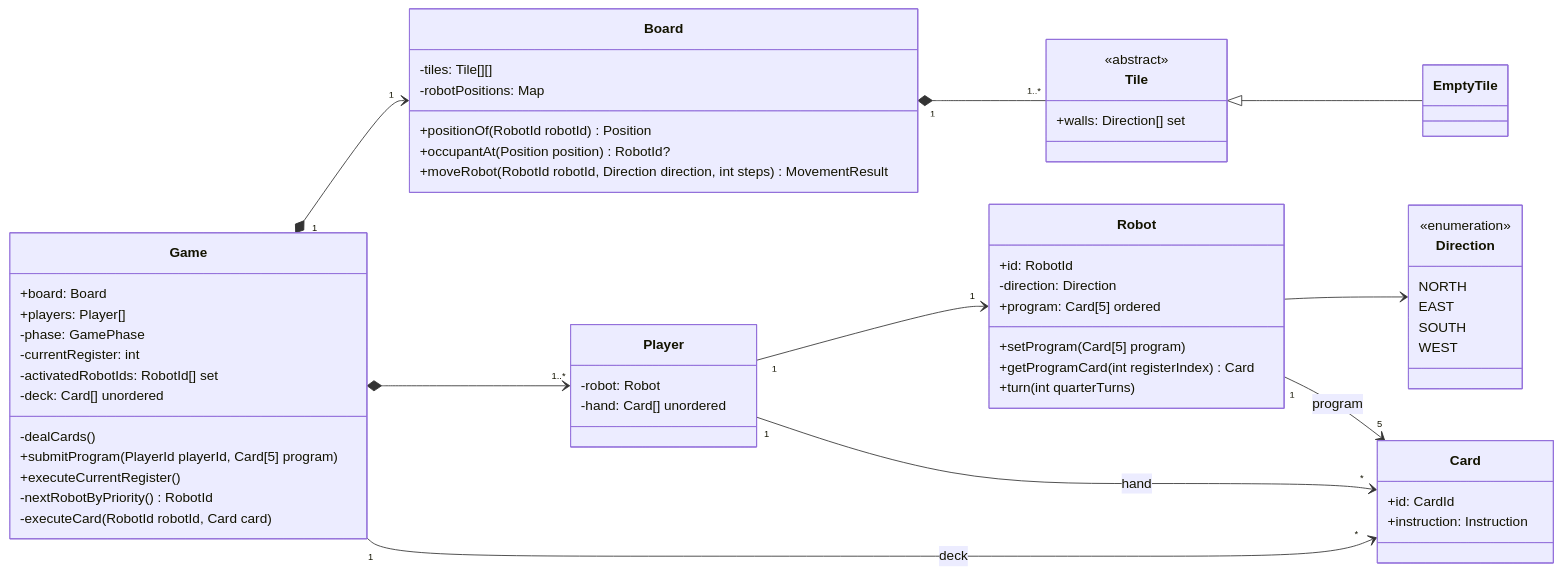
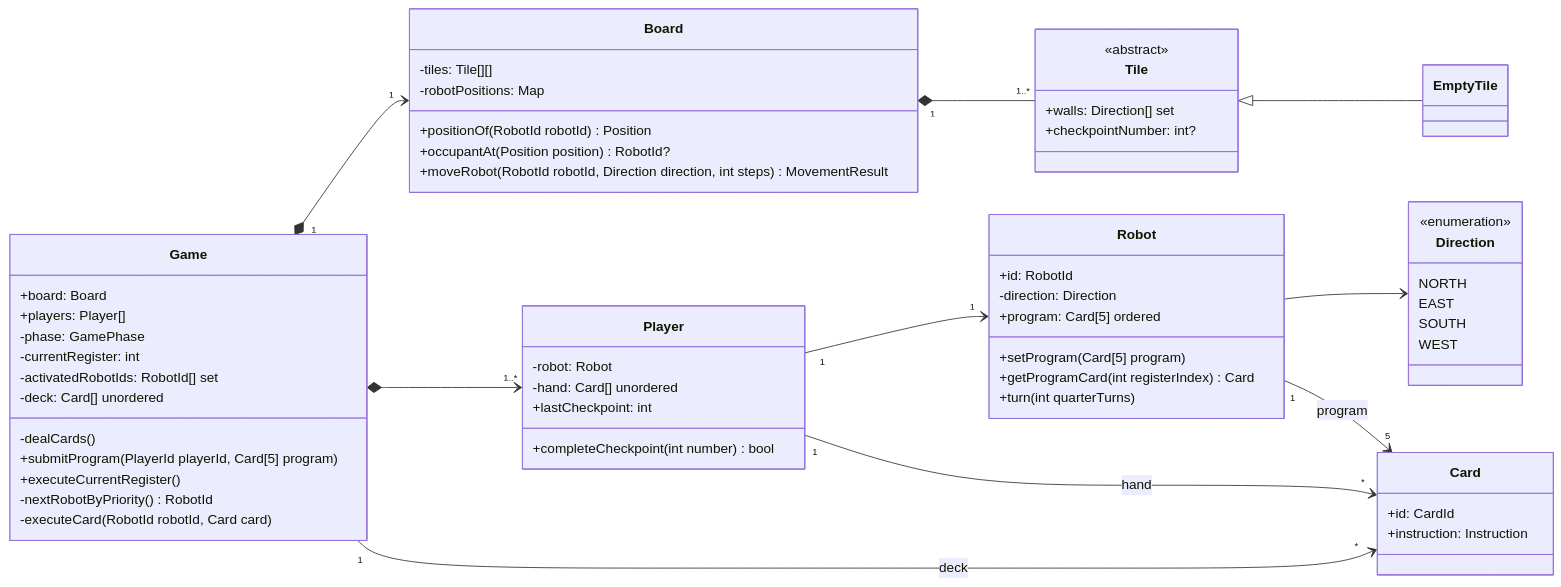
One commit to hananinas/RoboRally changed the diagram in docs/game_model_UML.md. Above: the diagram before and after it, drawn with Mermaid. The commit also changed other lines of this file and 39 other files, not shown here.

````diff
--- a/docs/game_model_UML.md
+++ b/docs/game_model_UML.md
@@ -4,74 +4,77 @@
 ```mermaid
     classDiagram
         direction LR
 
         class Game {
         +board: Board
         +players: Player[]
         -phase: GamePhase
         -currentRegister: int
         -activatedRobotIds: RobotId[] set
         -deck: Card[] unordered
         -dealCards()
         +submitProgram(PlayerId playerId, Card[5] program)
         +executeCurrentRegister()
         -nextRobotByPriority() RobotId
         -executeCard(RobotId robotId, Card card)
         }
 
         class Board {
         -tiles: Tile[][]
         -robotPositions: Map
         +positionOf(RobotId robotId) Position
         +occupantAt(Position position) RobotId?
         +moveRobot(RobotId robotId, Direction direction, int steps) MovementResult
         }
 
         class Tile {
             <<abstract>>
             +walls: Direction[] set
+            +checkpointNumber: int?
         }
 
         class EmptyTile
 
         class Player {
         -robot: Robot
         -hand: Card[] unordered
+        +lastCheckpoint: int
+        +completeCheckpoint(int number) bool
         }
 
         class Robot {
         +id: RobotId
         -direction: Direction
         +program: Card[5] ordered
         +setProgram(Card[5] program)
         +getProgramCard(int registerIndex) Card
         +turn(int quarterTurns)
         }
 
         class Direction {
         <<enumeration>>
         NORTH
         EAST
         SOUTH
         WEST
         }
 
         class Card {
             +id: CardId
             +instruction: Instruction
         }
 
         Game "1" *--> "1" Board
         Game *--> "1..*" Player
         Board "1" *-- "1..*" Tile
 
         Robot --> Direction
         Tile <|-- EmptyTile
 
         Player "1" --> "1" Robot
 
         Game "1" --> "*" Card : deck
         Player "1" --> "*" Card : hand
         Robot "1" --> "5" Card : program
 
 ```
````
